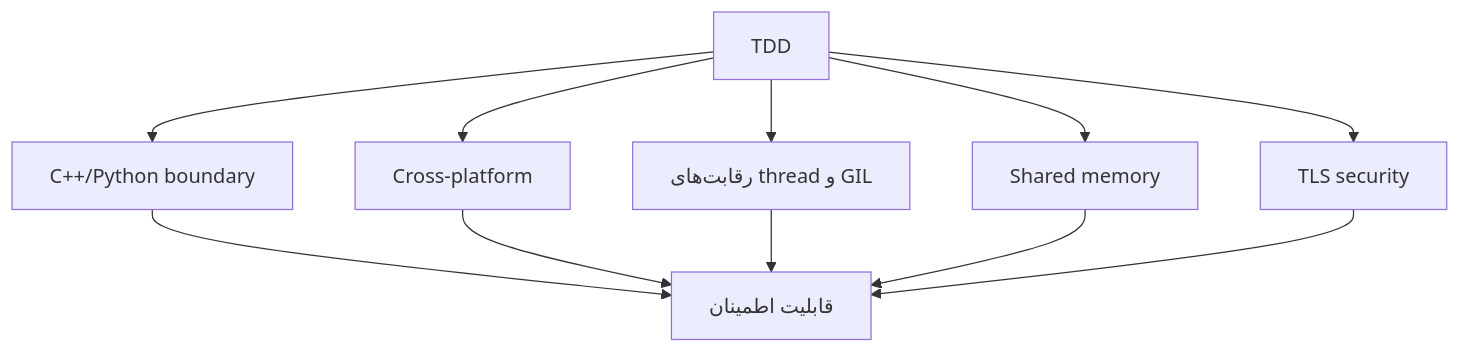
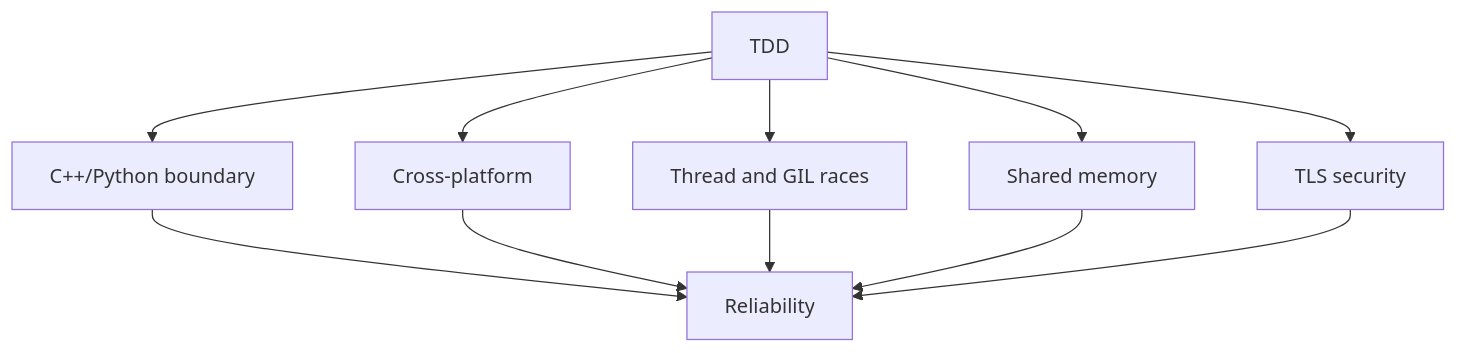
Before and after one commit to MohammadRaziei/httpp: the third of 3 diagrams in docs/agent.md, drawn with Mermaid. The commit also changed other lines of this file and 49 other files, not shown here.

````diff
--- a/docs/agent.md
+++ b/docs/agent.md
@@ -104,15 +107,15 @@
 ```mermaid
 graph TB
     TDD[TDD]
     TDD --> C1[C++/Python boundary]
     TDD --> C2[Cross-platform]
-    TDD --> C3[رقابت‌های thread و GIL]
+    TDD --> C3[Thread and GIL races]
     TDD --> C4[Shared memory]
     TDD --> C5[TLS security]
 
-    C1 --> R[قابلیت اطمینان]
+    C1 --> R[Reliability]
     C2 --> R
     C3 --> R
     C4 --> R
     C5 --> R
 ```
````
